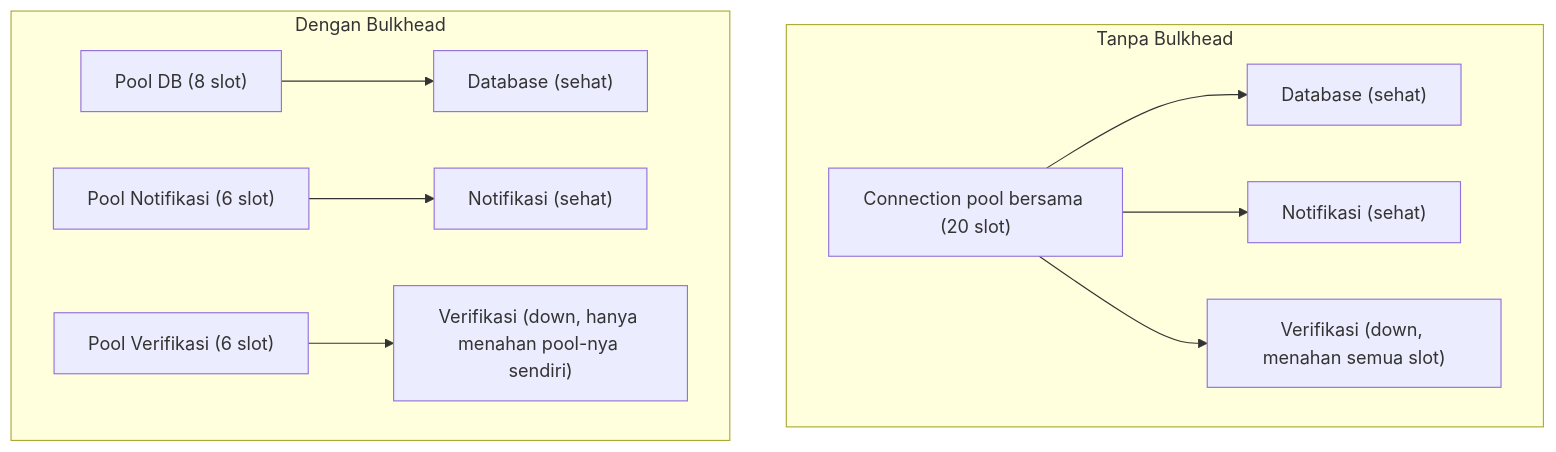
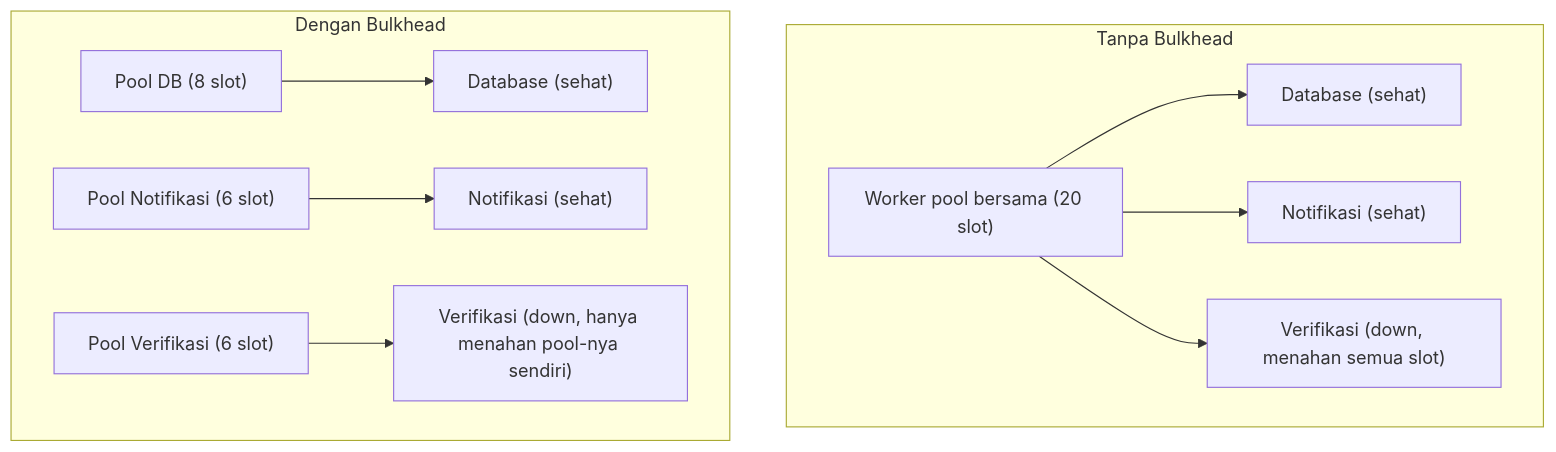
The diagram in 30 APIs and Web/Bulkheads.md (firmanains/backend-engineering-vault), drawn with Mermaid before and after one commit. The commit also changed other lines of this file and 172 other files, not shown here.

````diff
--- a/30 APIs and Web/Bulkheads.md
+++ b/30 APIs and Web/Bulkheads.md
@@ -33,14 +33,14 @@
 ```mermaid
 flowchart TD
     subgraph TanpaBulkhead["Tanpa Bulkhead"]
-        Pool["Connection pool bersama (20 slot)"]
+        Pool["Worker pool bersama (20 slot)"]
         Pool --> DB1["Database (sehat)"]
         Pool --> Notif1["Notifikasi (sehat)"]
         Pool --> Verif1["Verifikasi (down, menahan semua slot)"]
     end
     subgraph DenganBulkhead["Dengan Bulkhead"]
         PoolDB["Pool DB (8 slot)"] --> DB2["Database (sehat)"]
         PoolNotif["Pool Notifikasi (6 slot)"] --> Notif2["Notifikasi (sehat)"]
         PoolVerif["Pool Verifikasi (6 slot)"] --> Verif2["Verifikasi (down, hanya menahan pool-nya sendiri)"]
     end
 ```
````
